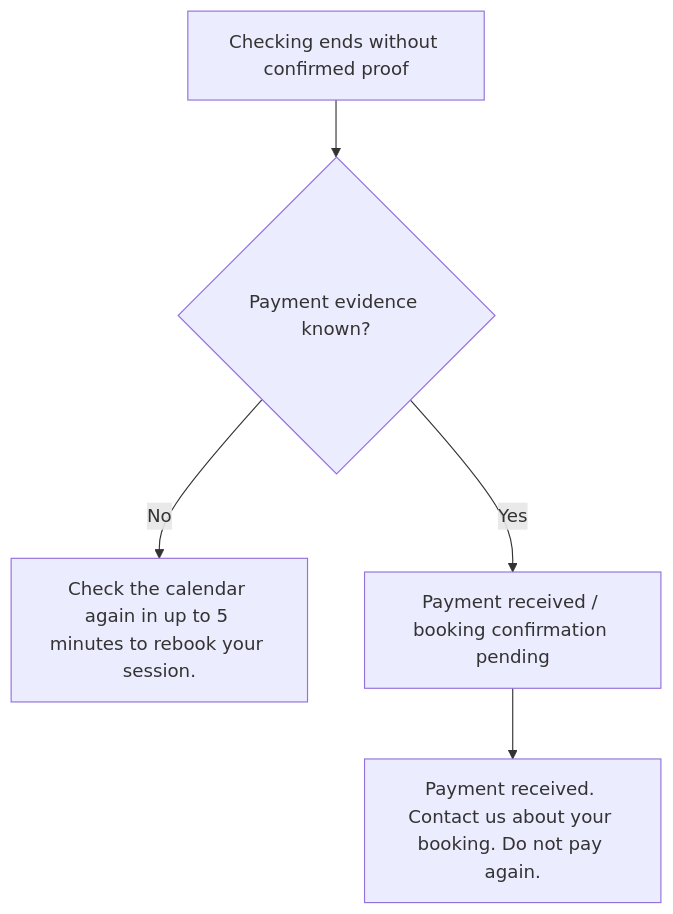
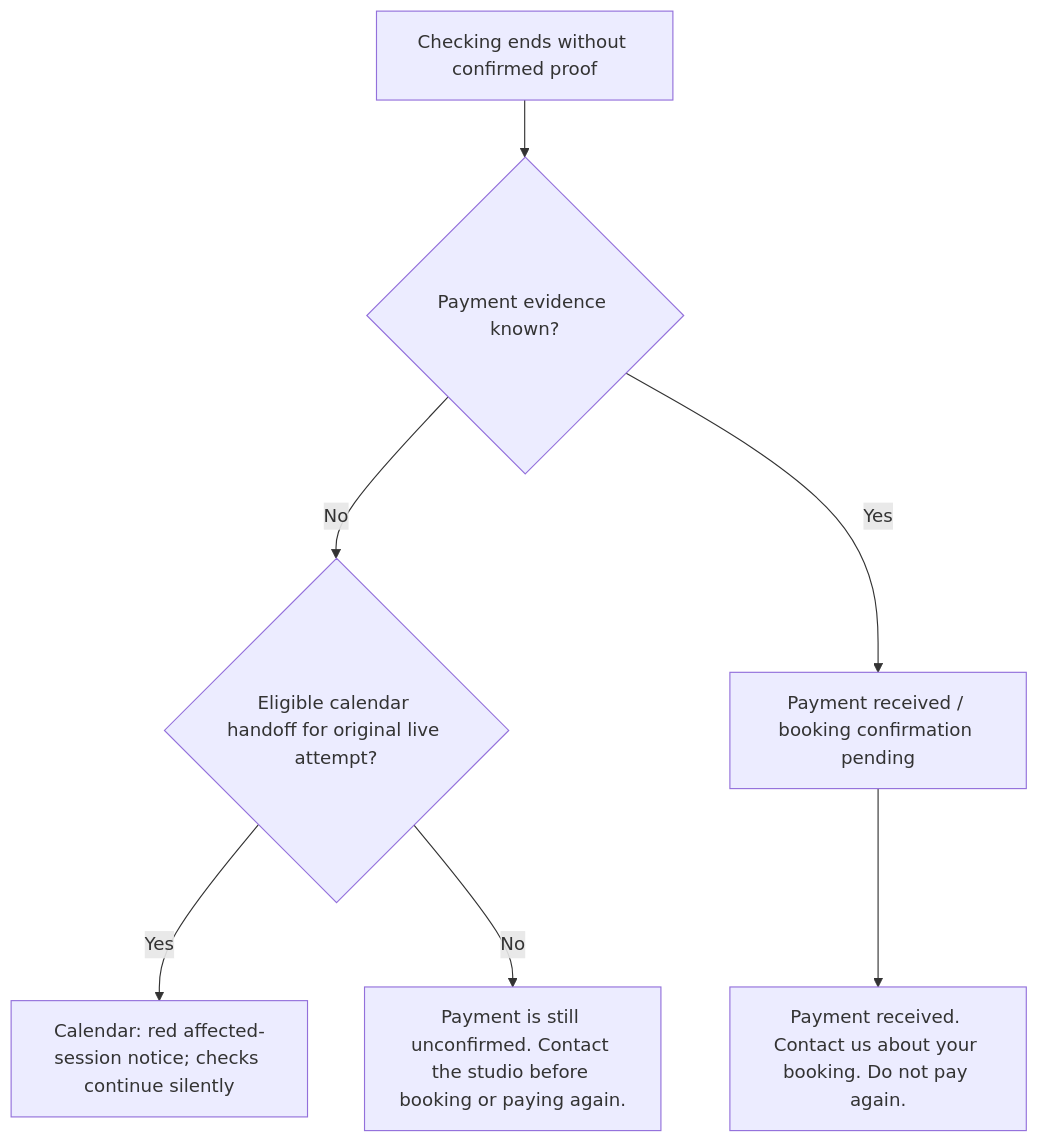
One commit to soccerbotstudiosg/soccerbotstudioSG changed diagram 12 of 19 in docs/booking-flows.md. Above: the diagram before and after it, drawn with Mermaid. The commit also changed other lines of this file and 44 other files, not shown here.

````diff
--- a/docs/booking-flows.md
+++ b/docs/booking-flows.md
@@ -197,7 +200,9 @@
 ```mermaid
 flowchart TD
   A["Checking ends without confirmed proof"] --> B{"Payment evidence known?"}
-  B -->|No| C["Check the calendar again in up to 5 minutes to rebook your session."]
+  B -->|No| C{"Eligible calendar handoff for original live attempt?"}
+  C -->|Yes| D["Calendar: red affected-session notice; checks continue silently"]
+  C -->|No| G["Payment is still unconfirmed. Contact the studio before booking or paying again."]
   B -->|Yes| E["Payment received / booking confirmation pending"]
   E --> F["Payment received. Contact us about your booking. Do not pay again."]
 ```
````
